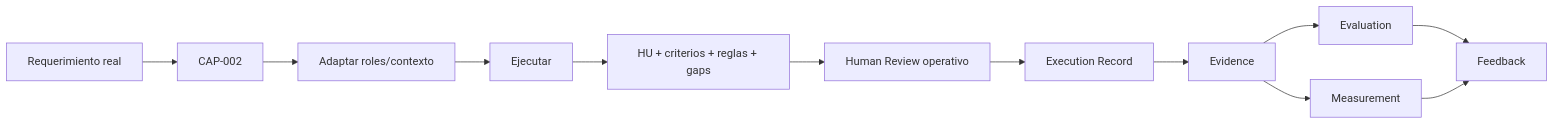
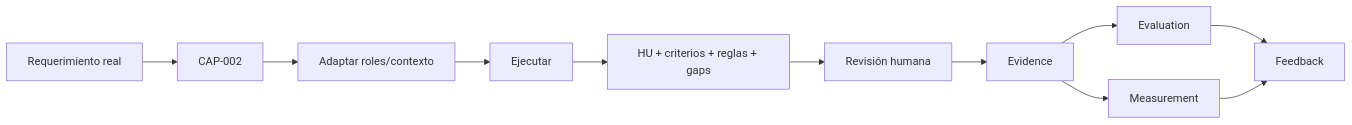
One commit to elmercharrebaufest/MOA-AI-Engineering changed the diagram in golden-paths/README.md. Above: the diagram before and after it, drawn with Mermaid. The commit also changed other lines of this file and 26 other files, not shown here.

````diff
--- a/golden-paths/README.md
+++ b/golden-paths/README.md
@@ -108,14 +81,13 @@
 ```mermaid
 flowchart LR
     A["Requerimiento real"] --> B["CAP-002"]
     B --> C["Adaptar roles/contexto"]
     C --> D["Ejecutar"]
     D --> E["HU + criterios + reglas + gaps"]
-    E --> F["Human Review operativo"]
-    F --> G["Execution Record"]
-    G --> H["Evidence"]
-    H --> I["Evaluation"]
-    H --> J["Measurement"]
-    I --> K["Feedback"]
-    J --> K
+    E --> F["Revisión humana"]
+    F --> G["Evidence"]
+    G --> H["Evaluation"]
+    G --> I["Measurement"]
+    H --> J["Feedback"]
+    I --> J
 ```
````
